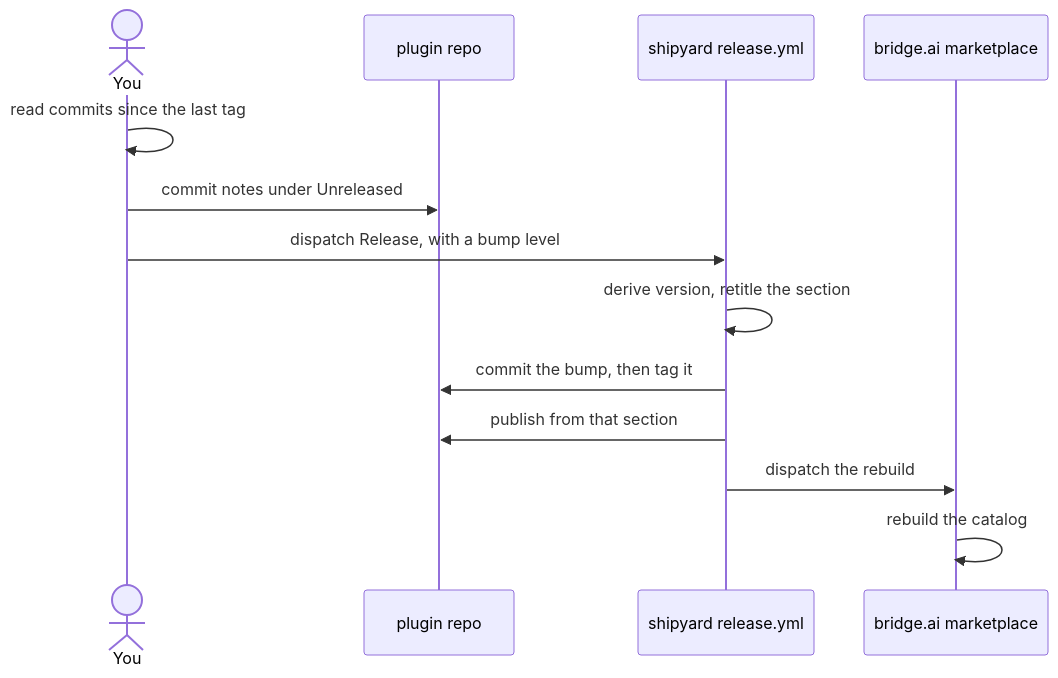
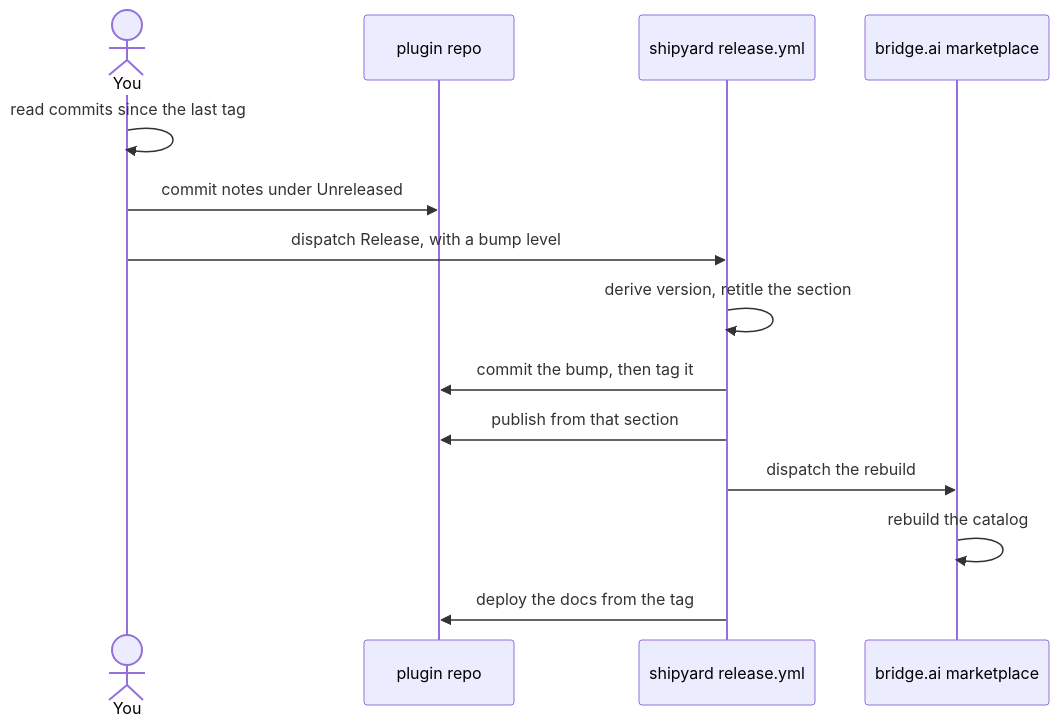
One commit to chris-peterson/shipyard changed the fourth of 4 diagrams in docs/how-it-works.md. Above: the diagram before and after it, drawn with Mermaid. The commit also changed other lines of this file and 6 other files, not shown here.

````diff
--- a/docs/how-it-works.md
+++ b/docs/how-it-works.md
@@ -314,16 +314,17 @@
 ```mermaid
 %%{ init: { 'look': 'handDrawn' } }%%
 sequenceDiagram
   actor You
   participant GH as plugin repo
   participant CI as shipyard release.yml
   participant MP as bridge.ai marketplace
   You->>You: read commits since the last tag
   You->>GH: commit notes under Unreleased
   You->>CI: dispatch Release, with a bump level
   CI->>CI: derive version, retitle the section
   CI->>GH: commit the bump, then tag it
   CI->>GH: publish from that section
   CI->>MP: dispatch the rebuild
   MP->>MP: rebuild the catalog
+  CI->>GH: deploy the docs from the tag
 ```
````
